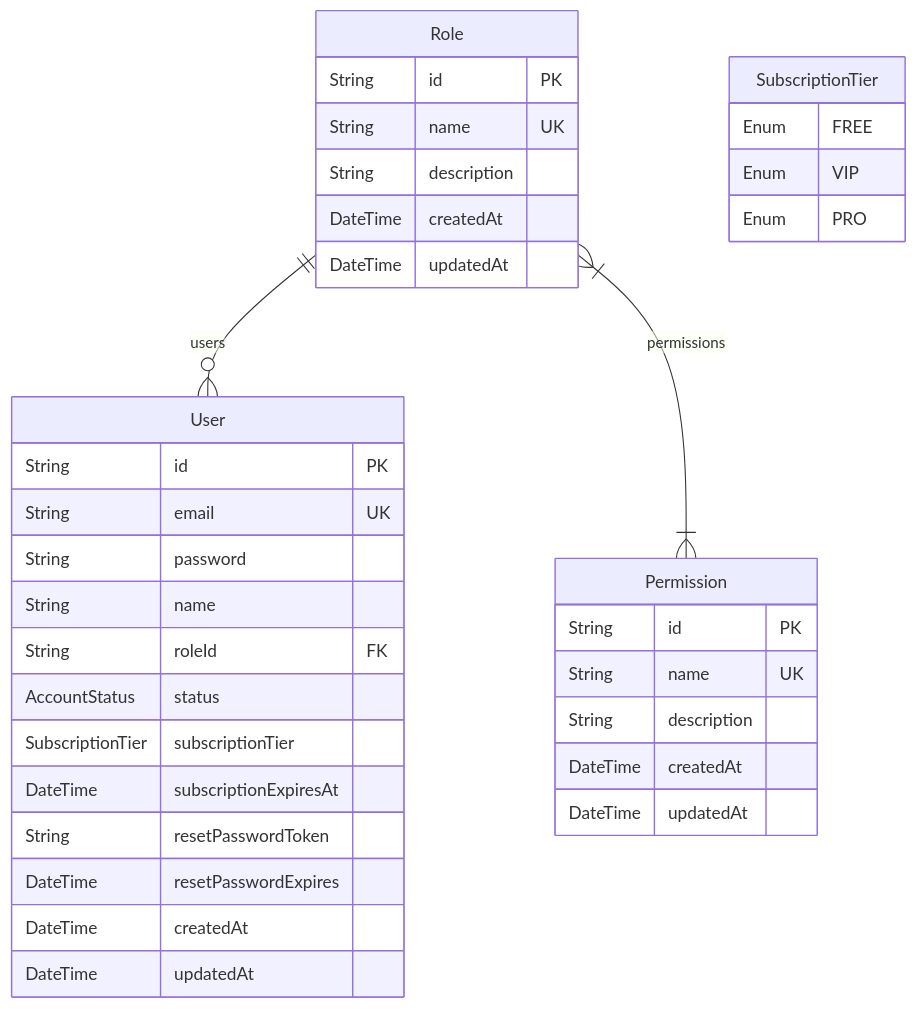
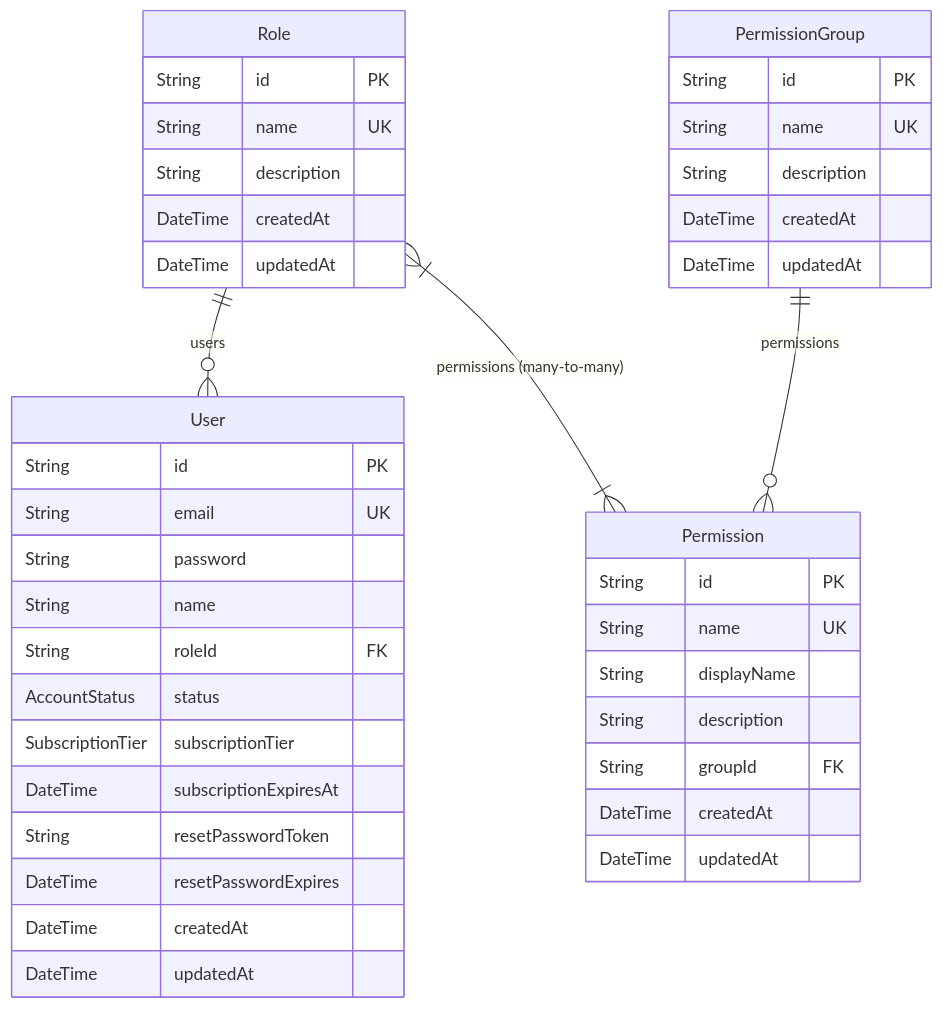
The first of 2 diagrams in docs/schema/auth-schema.md (TanjiKhanh/IUROADMAP), drawn with Mermaid before and after one commit. The commit also changed other lines of this file and 215 other files, not shown here.

````diff
--- a/docs/schema/auth-schema.md
+++ b/docs/schema/auth-schema.md
@@ -3,40 +3,44 @@
 ```mermaid
 erDiagram
     User {
         String id PK
         String email UK
         String password
         String name
         String roleId FK
         AccountStatus status
         SubscriptionTier subscriptionTier
         DateTime subscriptionExpiresAt
         String resetPasswordToken
         DateTime resetPasswordExpires
         DateTime createdAt
         DateTime updatedAt
     }
     Role {
         String id PK
         String name UK
         String description
         DateTime createdAt
         DateTime updatedAt
     }
-    Permission {
+    PermissionGroup {
         String id PK
         String name UK
         String description
         DateTime createdAt
         DateTime updatedAt
     }
-    
-    SubscriptionTier {
-        Enum FREE
-        Enum VIP
-        Enum PRO
+    Permission {
+        String id PK
+        String name UK
+        String displayName
+        String description
+        String groupId FK
+        DateTime createdAt
+        DateTime updatedAt
     }
     
     Role ||--o{ User : "users"
-    Role }|--|{ Permission : "permissions"
+    Role }|--|{ Permission : "permissions (many-to-many)"
+    PermissionGroup ||--o{ Permission : "permissions"
 ```
````
